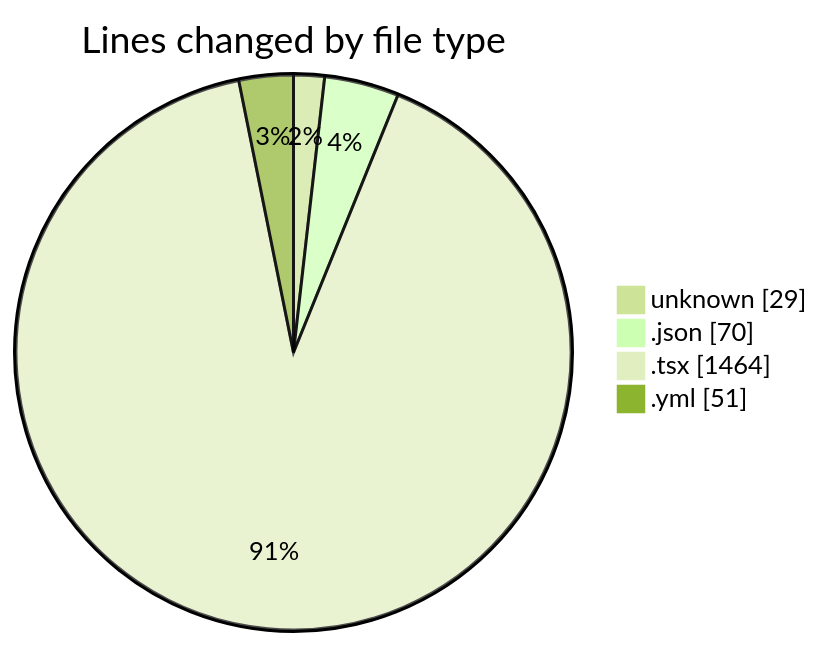
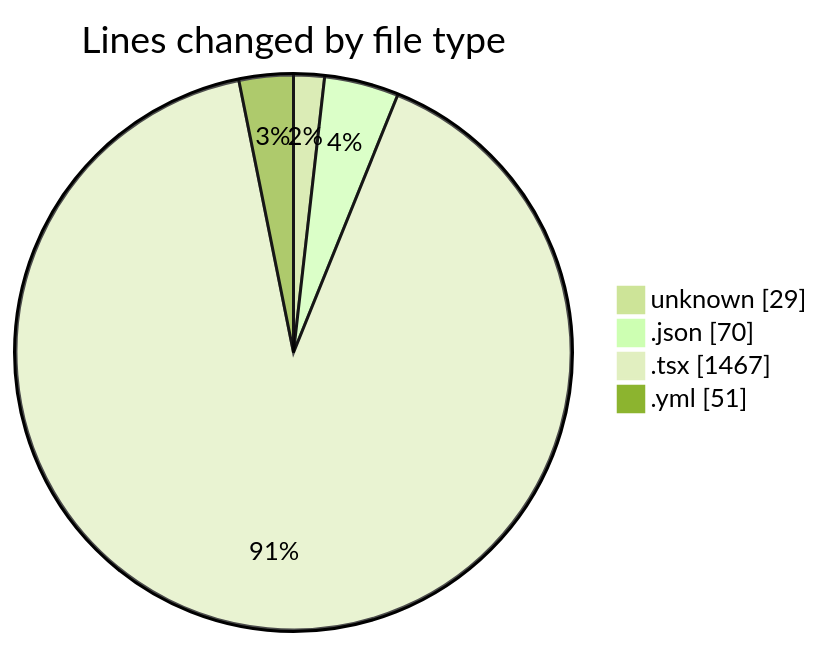
The first of 2 diagrams in 2025-01-14/mbc-web/README.md (robertbonfada/code-tracking), drawn with Mermaid (forest theme) before and after one commit. The commit also changed other lines of this file and 1 other file, not shown here.

````diff
--- a/2025-01-14/mbc-web/README.md
+++ b/2025-01-14/mbc-web/README.md
@@ -35,8 +35,8 @@
 ```mermaid
 pie showData
 title Lines changed by file type
 "unknown" : 29
 ".json" : 70
-".tsx" : 1464
+".tsx" : 1467
 ".yml" : 51
 ```
````
